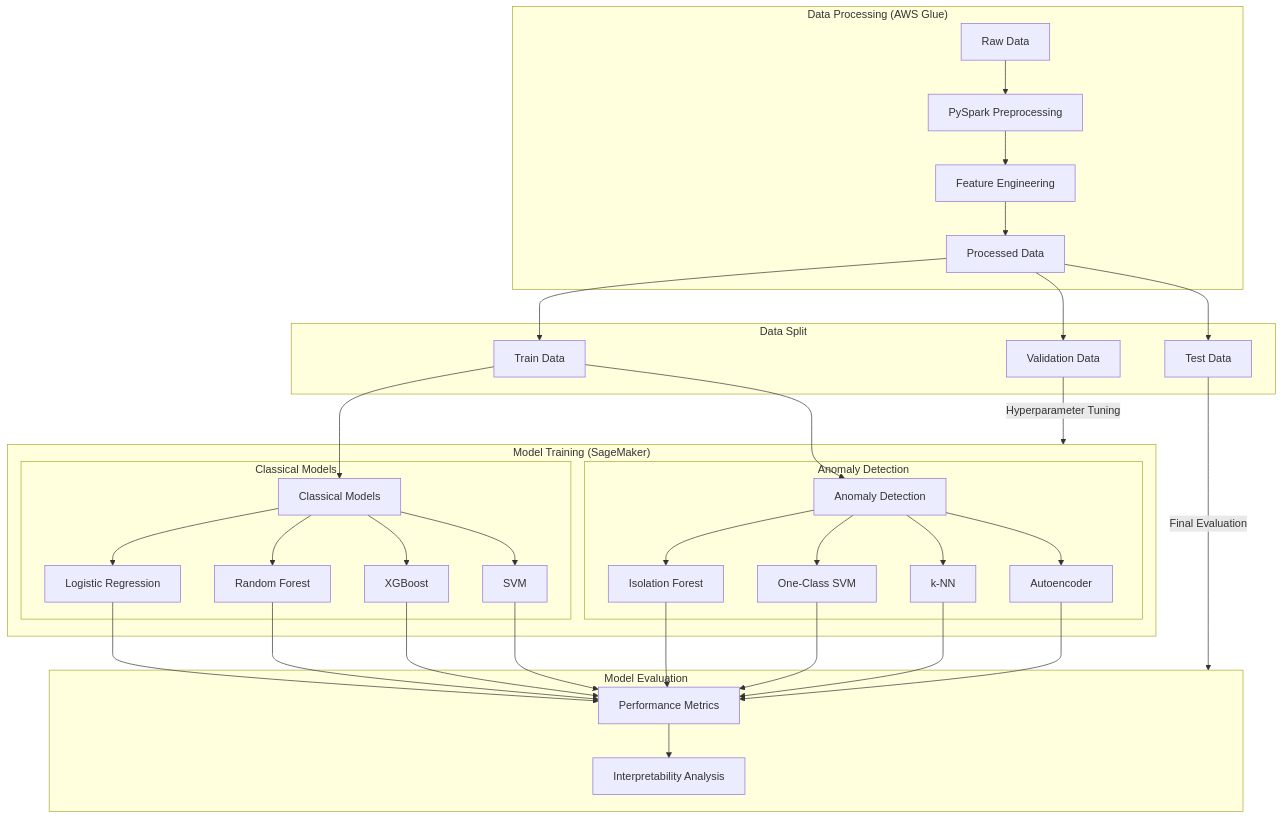
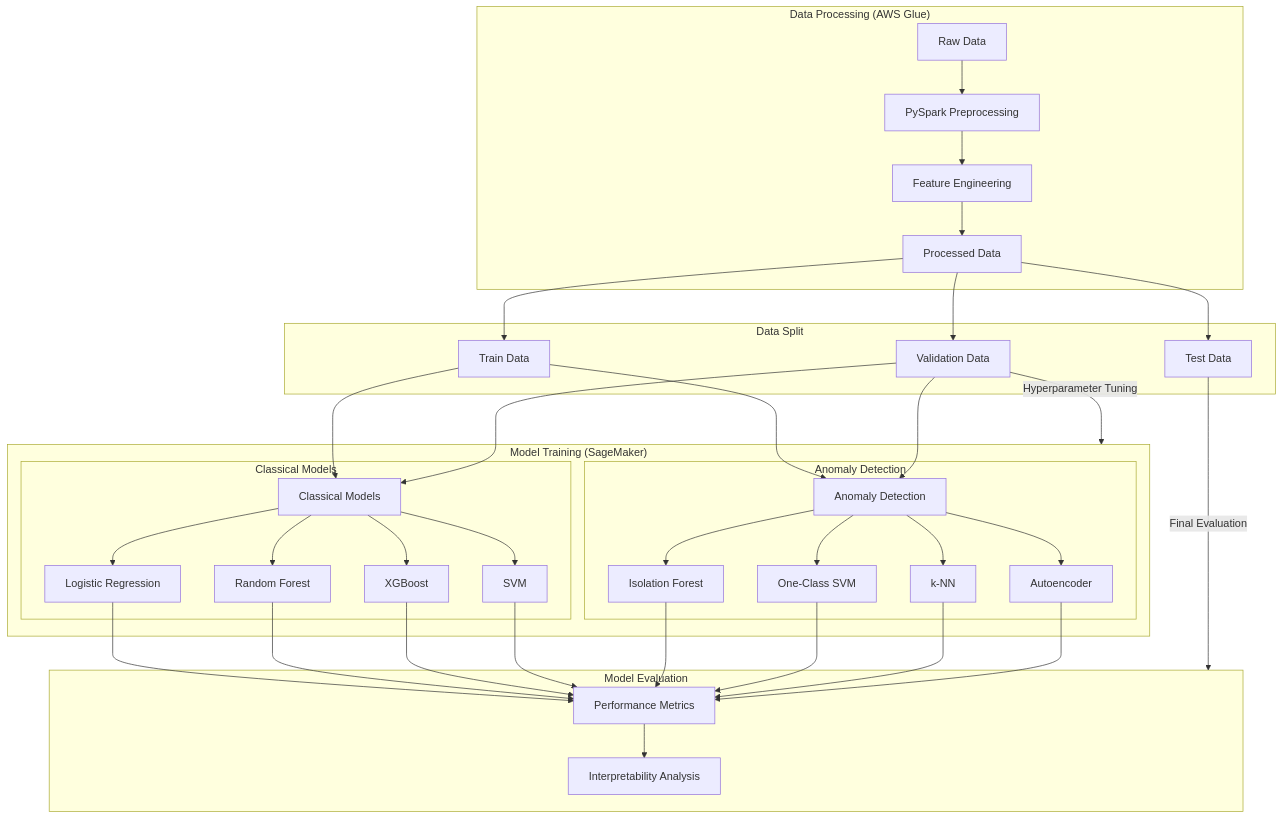
The diagram in README.md (shefalishr95/Comparative-Analysis-for-Imbalanced-Classification), drawn with Mermaid before and after one commit.

````diff
--- a/README.md
+++ b/README.md
@@ -64,41 +64,44 @@
 ```mermaid
 flowchart TD
     subgraph Data["Data Processing (AWS Glue)"]
         A[Raw Data] --> B[PySpark Preprocessing]
         B --> C[Feature Engineering]
         C --> D[Processed Data]
     end
 
     subgraph Split["Data Split"]
         D --> E[Train Data]
         D --> F[Validation Data]
         D --> G[Test Data]
     end
 
     subgraph Training["Model Training (SageMaker)"]
         E --> H[Classical Models]
         E --> I[Anomaly Detection]
+
+        F --> H[Classical Models]
+        F --> I[Anomaly Detection]
         
         subgraph CM[Classical Models]
             H --> J[Logistic Regression]
             H --> K[Random Forest]
             H --> L[XGBoost]
             H --> M[SVM]
         end
         
         subgraph AD[Anomaly Detection]
             I --> N[Isolation Forest]
             I --> O[One-Class SVM]
             I --> P[k-NN]
             I --> Q[Autoencoder]
         end
     end
 
     subgraph Evaluation["Model Evaluation"]
         J & K & L & M & N & O & P & Q --> R[Performance Metrics]
         R --> T[Interpretability Analysis]
     end
 
     F --> |Hyperparameter Tuning| Training
     G --> |Final Evaluation| Evaluation
 ```
````
